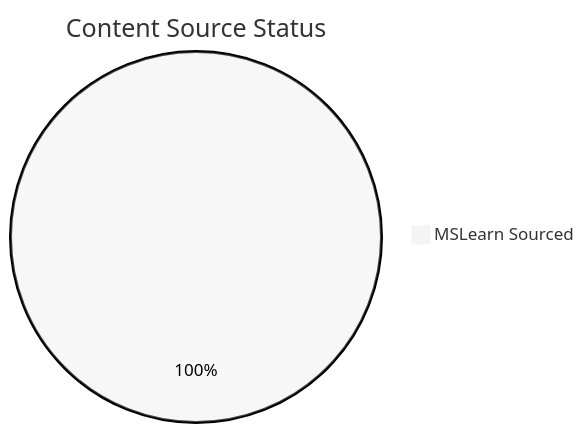
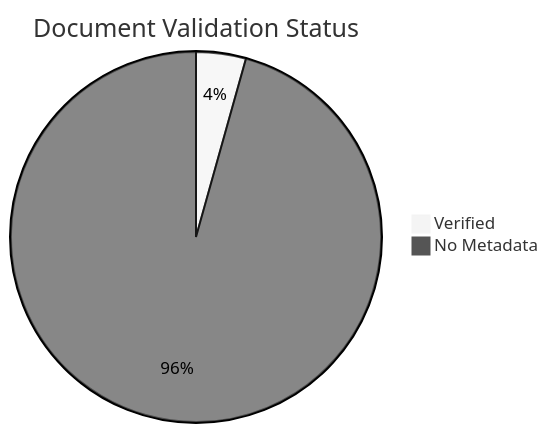
Before and after one commit to yeongseon/azure-functions-practical-guide: the diagram in docs/reference/content-validation-status.md, drawn with Mermaid (neutral theme). The commit also changed other lines of this file and 5 other files, not shown here.

First line of the commit message:
feat: add content validation system for text documents

````diff
--- a/docs/reference/content-validation-status.md
+++ b/docs/reference/content-validation-status.md
@@ -26,4 +23,5 @@
 ```mermaid
-pie title Content Source Status
-    "MSLearn Sourced" : 475
+pie title Document Validation Status
+    "Verified" : 3
+    "No Metadata" : 66
 ```
````
